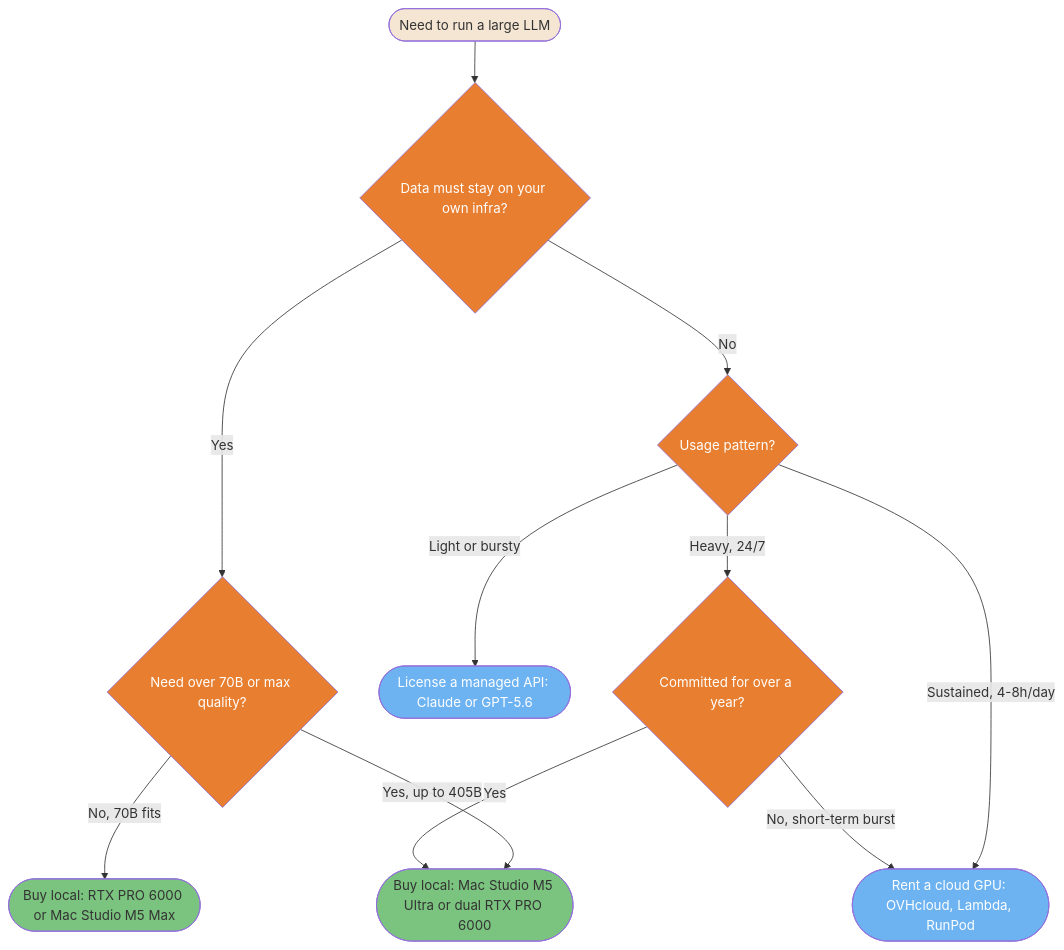
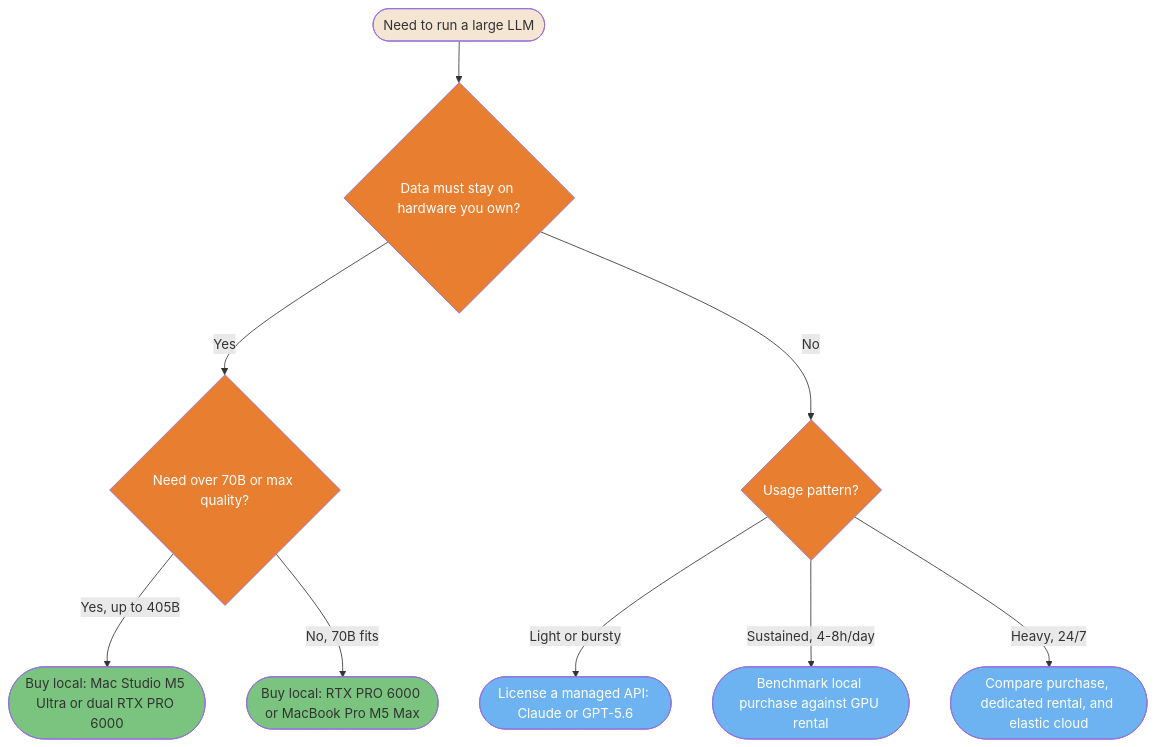
The second of 2 diagrams in guide/ecosystem/local-vs-cloud-inference.md (FlorianBruniaux/claude-code-ultimate-guide), drawn with Mermaid before and after one commit. The commit also changed other lines of this file and 1 other file, not shown here.

Commit message:
fix(ecosystem): correct local inference guide

````diff
--- a/guide/ecosystem/local-vs-cloud-inference.md
+++ b/guide/ecosystem/local-vs-cloud-inference.md
@@ -343,36 +367,33 @@
 ```mermaid
 flowchart TD
-    A([Need to run a large LLM]) --> B{Data must stay on your own infra?}
+    A([Need to run a large LLM]) --> B{Data must stay on hardware you own?}
 
     B -->|Yes| C{Need over 70B or max quality?}
     B -->|No| D{Usage pattern?}
 
     C -->|Yes, up to 405B| E([Buy local: Mac Studio M5 Ultra or dual RTX PRO 6000])
-    C -->|No, 70B fits| F([Buy local: RTX PRO 6000 or Mac Studio M5 Max])
+    C -->|No, 70B fits| F([Buy local: RTX PRO 6000 or MacBook Pro M5 Max])
 
     D -->|Light or bursty| G([License a managed API: Claude or GPT-5.6])
-    D -->|Sustained, 4-8h/day| H([Rent a cloud GPU: OVHcloud, Lambda, RunPod])
-    D -->|Heavy, 24/7| I{Committed for over a year?}
-
-    I -->|Yes| E
-    I -->|No, short-term burst| H
+    D -->|Sustained, 4-8h/day| H([Benchmark local purchase against GPU rental])
+    D -->|Heavy, 24/7| I([Compare purchase, dedicated rental, and elastic cloud])
 
     style A fill:#F5E6D3,color:#333
     style B fill:#E87E2F,color:#fff
     style C fill:#E87E2F,color:#fff
     style D fill:#E87E2F,color:#fff
-    style I fill:#E87E2F,color:#fff
     style E fill:#7BC47F,color:#333
     style F fill:#7BC47F,color:#333
     style G fill:#6DB3F2,color:#fff
     style H fill:#6DB3F2,color:#fff
+    style I fill:#6DB3F2,color:#fff
 
     click B href "#decision-framework" "Data sovereignty requirement"
     click C href "#what-actually-fits-named-models" "Model size vs quality"
     click D href "#one-year-cost-projections" "Usage pattern"
     click E href "#thirteen-comparable-hardware-configurations" "Buy: large local hardware"
     click F href "#thirteen-comparable-hardware-configurations" "Buy: single-GPU local hardware"
     click G href "#cloud-api-throughput-claude-vs-gpt-56" "License: managed API"
-    click H href "#cloud-gpu-rental-pricing" "Rent: cloud GPU"
-    click I href "#one-year-cost-projections" "Time horizon"
+    click H href "#benchmark-protocol-before-you-buy" "Benchmark before deciding"
+    click I href "#one-year-cost-projections" "Compare total cost"
 ```
````
